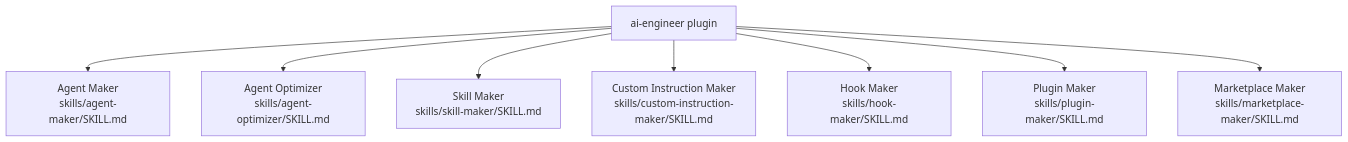
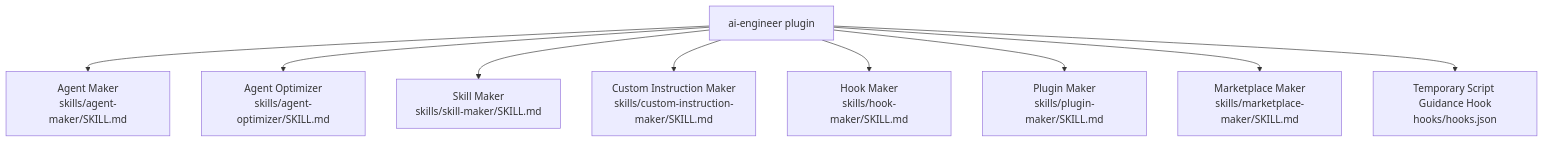
One commit to dimpletz/prompts-collection changed the diagram in plugins/ai-engineer/README.md. Above: the diagram before and after it, drawn with Mermaid. The commit also changed other lines of this file and 11 other files, not shown here.

First line of the commit message:
Add ai-engineer lifecycle hook guidance updates and bump ai-engineer plugin to v1.4.0 (#12)

````diff
--- a/plugins/ai-engineer/README.md
+++ b/plugins/ai-engineer/README.md
@@ -29,11 +29,12 @@
 ```mermaid
 graph TD
     A[ai-engineer plugin]
     A --> B[Agent Maker\nskills/agent-maker/SKILL.md]
     A --> C[Agent Optimizer\nskills/agent-optimizer/SKILL.md]
     A --> D[Skill Maker\nskills/skill-maker/SKILL.md]
     A --> E[Custom Instruction Maker\nskills/custom-instruction-maker/SKILL.md]
     A --> F[Hook Maker\nskills/hook-maker/SKILL.md]
     A --> G[Plugin Maker\nskills/plugin-maker/SKILL.md]
     A --> H[Marketplace Maker\nskills/marketplace-maker/SKILL.md]
+    A --> I[Temporary Script Guidance Hook\nhooks/hooks.json]
 ```
````
